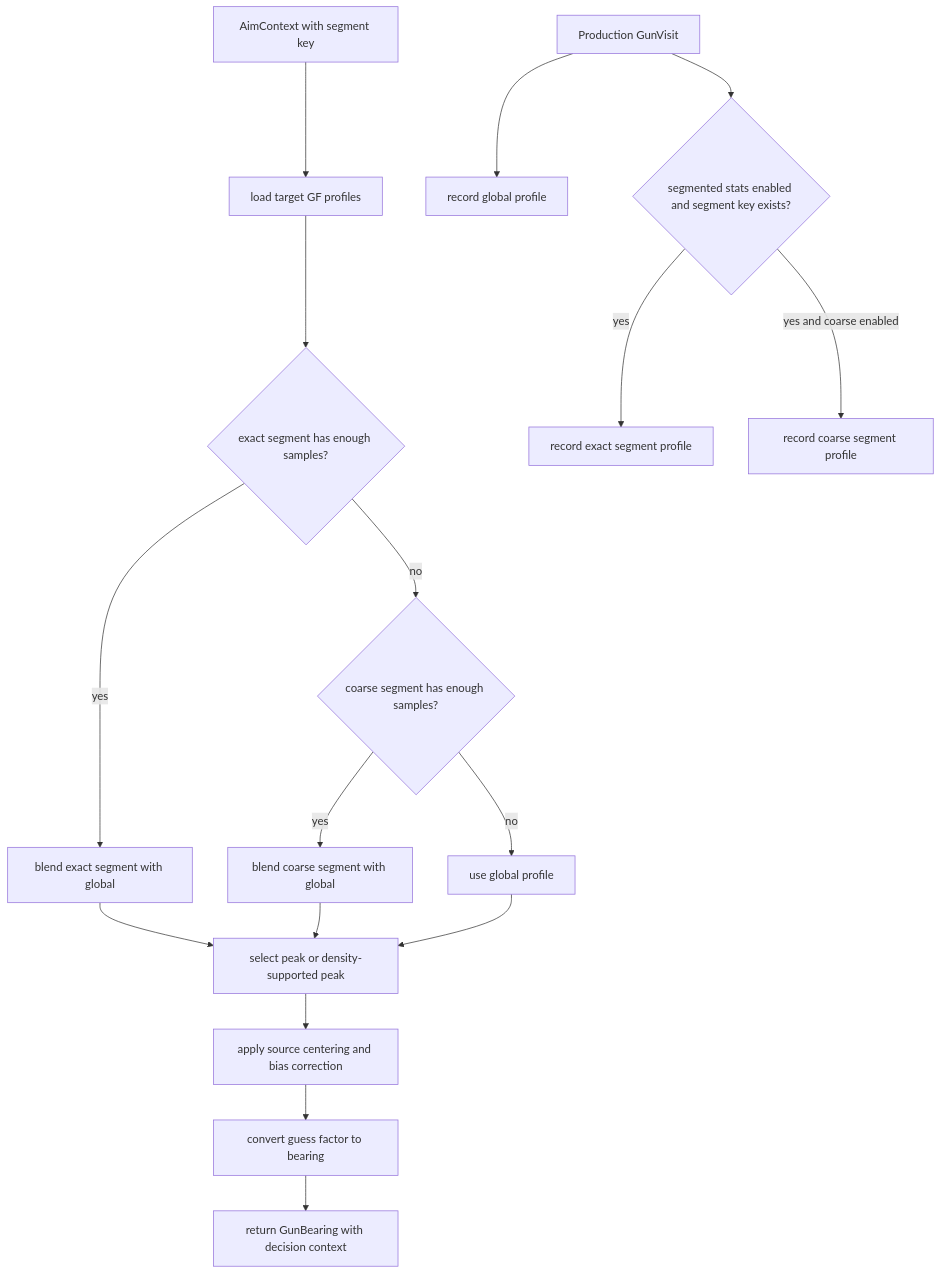
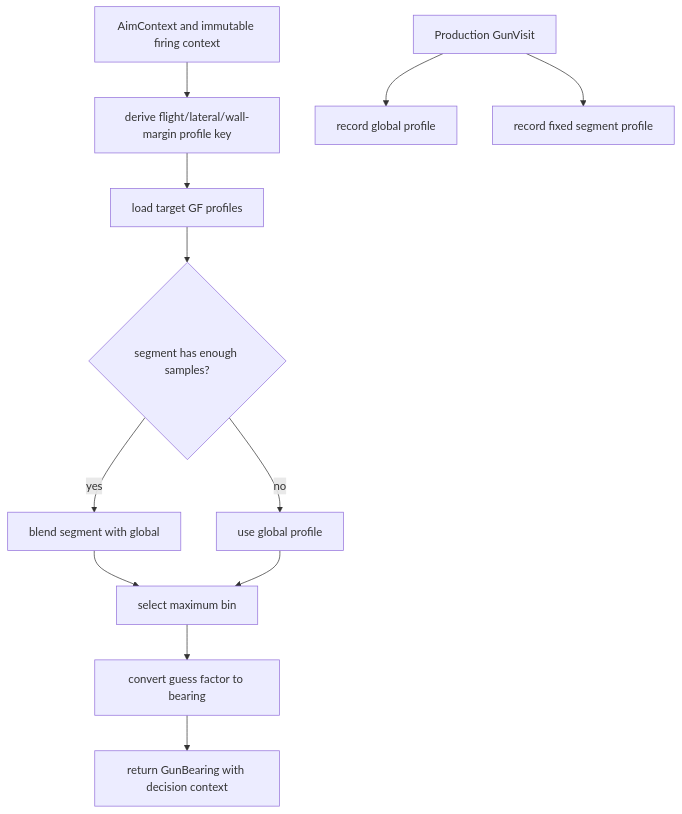
Before and after one commit to fduch-stranger/robocode-bot: the diagram in bots/bot_core/gun/guns/traditional_gf/README.md, drawn with Mermaid. The commit also changed other lines of this file and 27 other files, not shown here.

````diff
--- a/bots/bot_core/gun/guns/traditional_gf/README.md
+++ b/bots/bot_core/gun/guns/traditional_gf/README.md
@@ -43,19 +44,14 @@
 ```mermaid
 flowchart TD
-    A["AimContext with segment key"] --> B["load target GF profiles"]
-    B --> C{"exact segment has enough samples?"}
-    C -- "yes" --> D["blend exact segment with global"]
-    C -- "no" --> E{"coarse segment has enough samples?"}
-    E -- "yes" --> F["blend coarse segment with global"]
-    E -- "no" --> G["use global profile"]
-    D --> H["select peak or density-supported peak"]
-    F --> H
+    A["AimContext and immutable firing context"] --> B["derive flight/lateral/wall-margin profile key"]
+    B --> C0["load target GF profiles"]
+    C0 --> C{"segment has enough samples?"}
+    C -- "yes" --> D["blend segment with global"]
+    C -- "no" --> G["use global profile"]
+    D --> H["select maximum bin"]
     G --> H
-    H --> I["apply source centering and bias correction"]
-    I --> J["convert guess factor to bearing"]
+    H --> J["convert guess factor to bearing"]
     J --> K["return GunBearing with decision context"]
     L["Production GunVisit"] --> M["record global profile"]
-    L --> N{"segmented stats enabled and segment key exists?"}
-    N -- "yes" --> O["record exact segment profile"]
-    N -- "yes and coarse enabled" --> P["record coarse segment profile"]
+    L --> O["record fixed segment profile"]
 ```
````
